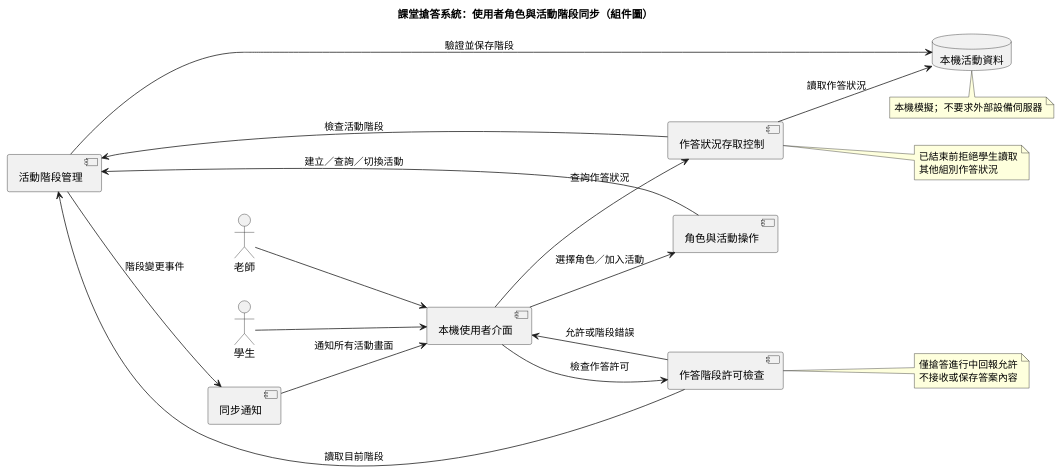
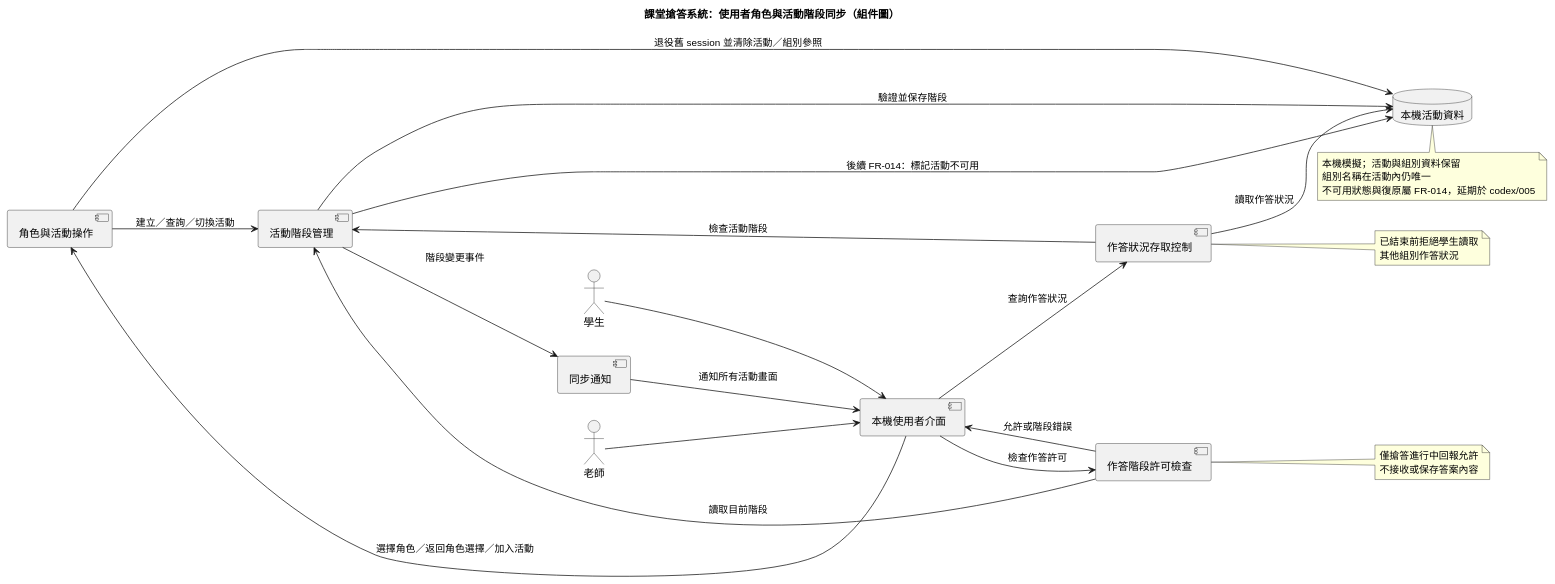
One commit to aumaric736/quiz-buzzer changed the diagram in diagrams/001-user-stage-sync-component.puml. Above: the diagram before and after it, drawn with PlantUML. The commit also changed 40 other files, not shown here.

```diff
--- a/diagrams/001-user-stage-sync-component.puml
+++ b/diagrams/001-user-stage-sync-component.puml
@@ -1,38 +1,42 @@
 @startuml
 title 課堂搶答系統：使用者角色與活動階段同步（組件圖）
 left to right direction
 actor 老師
 actor 學生
 component "本機使用者介面" as UI
 component "角色與活動操作" as Roles
 component "活動階段管理" as Stage
 component "同步通知" as Sync
 component "作答階段許可檢查" as AnswerGuard
 component "作答狀況存取控制" as AnswerView
 database "本機活動資料" as Store
 
 老師 --> UI
 學生 --> UI
-UI --> Roles : 選擇角色／加入活動
+UI --> Roles : 選擇角色／返回角色選擇／加入活動
 Roles --> Stage : 建立／查詢／切換活動
 Stage --> Store : 驗證並保存階段
 Stage --> Sync : 階段變更事件
 Sync --> UI : 通知所有活動畫面
+Roles --> Store : 退役舊 session 並清除活動／組別參照
+Stage --> Store : 後續 FR-014：標記活動不可用
 UI --> AnswerView : 查詢作答狀況
 AnswerView --> Stage : 檢查活動階段
 AnswerView --> Store : 讀取作答狀況
 UI --> AnswerGuard : 檢查作答許可
 AnswerGuard --> Stage : 讀取目前階段
 AnswerGuard --> UI : 允許或階段錯誤
 note right of AnswerGuard
   僅搶答進行中回報允許
   不接收或保存答案內容
 end note
 note right of AnswerView
   已結束前拒絕學生讀取
   其他組別作答狀況
 end note
 note bottom of Store
-  本機模擬；不要求外部設備伺服器
+  本機模擬；活動與組別資料保留
+  組別名稱在活動內仍唯一
+  不可用狀態與復原屬 FR-014，延期於 codex/005
 end note
 @enduml
```
